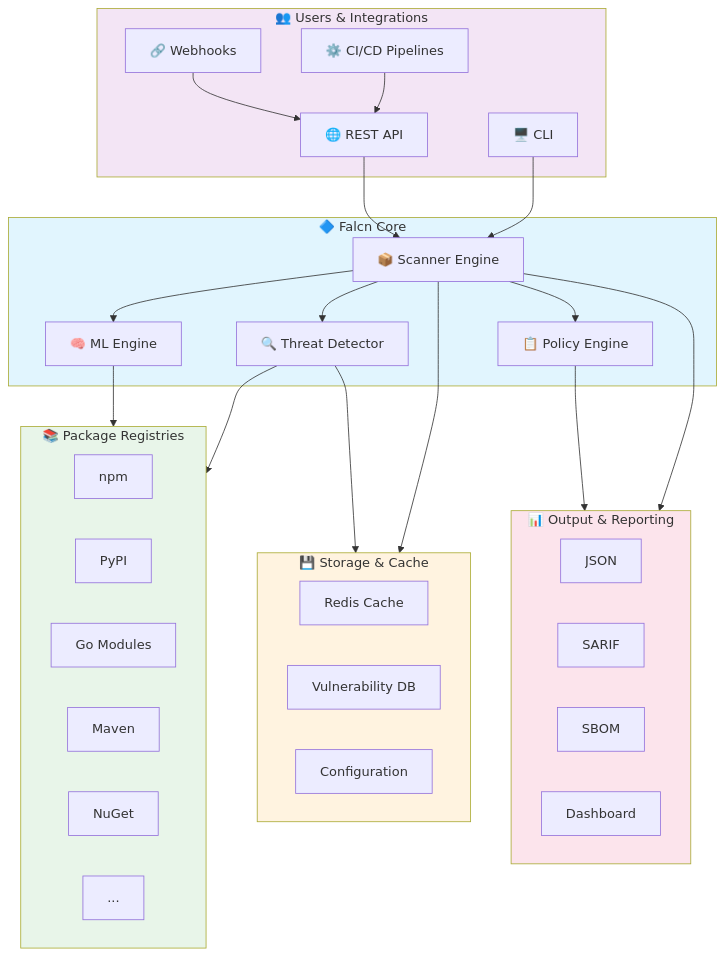
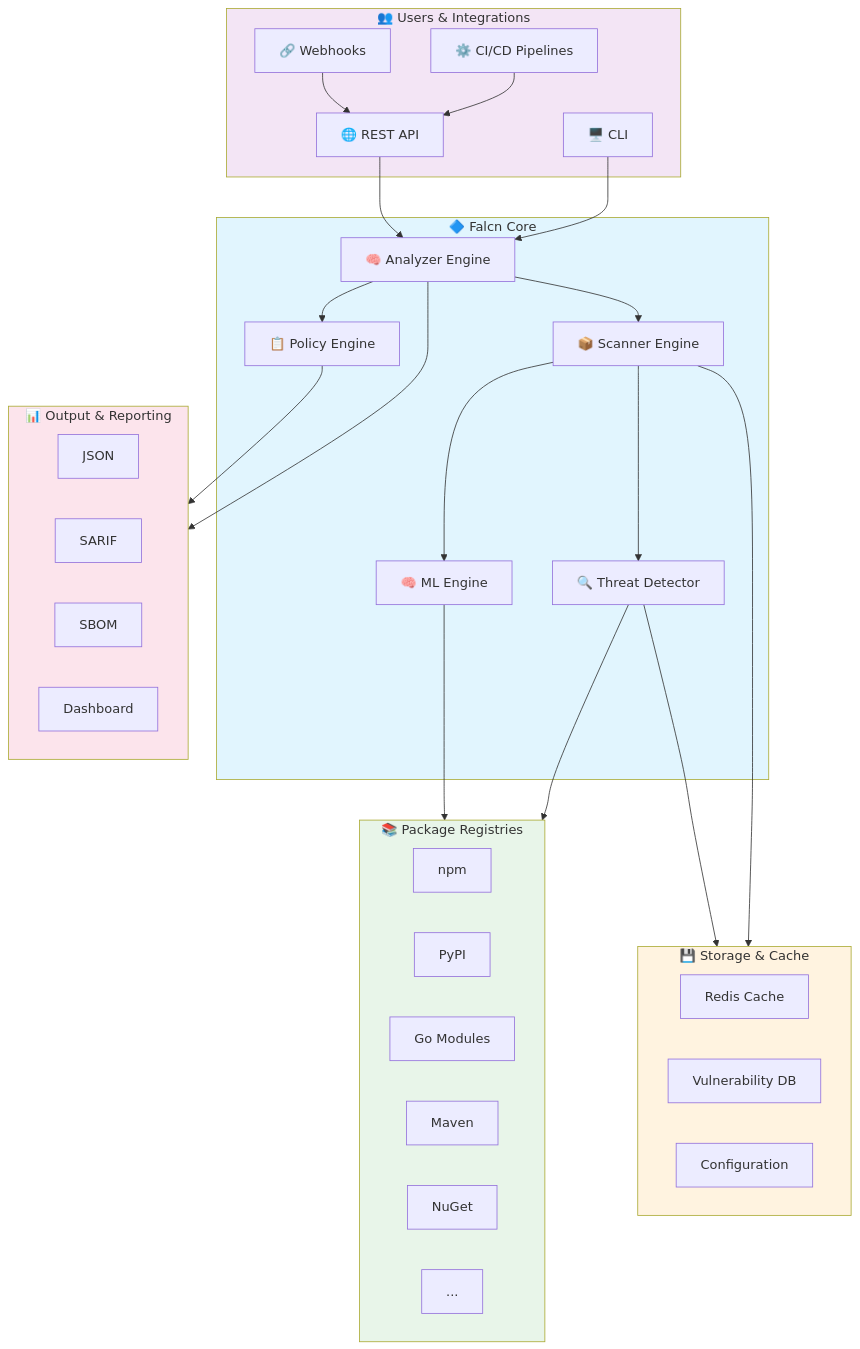
One commit to falcn-io/falcn changed the first of 7 diagrams in docs/ARCHITECTURE.md. Above: the diagram before and after it, drawn with Mermaid. The commit also changed other lines of this file and 213 other files, not shown here.

Commit message:
Refactor: Unify Scanner/Analyzer Architecture, Bump version to v1.1.0

````diff
--- a/docs/ARCHITECTURE.md
+++ b/docs/ARCHITECTURE.md
@@ -7,62 +7,65 @@
 ```mermaid
 flowchart TB
     subgraph Users["👥 Users & Integrations"]
         CLI["🖥️ CLI"]
         API["🌐 REST API"]
         CICD["⚙️ CI/CD Pipelines"]
         Webhooks["🔗 Webhooks"]
     end
 
     subgraph Core["🔷 Falcn Core"]
+        Analyzer["🧠 Analyzer Engine"]
         Scanner["📦 Scanner Engine"]
         Detector["🔍 Threat Detector"]
         ML["🧠 ML Engine"]
         Policy["📋 Policy Engine"]
     end
 
     subgraph Registries["📚 Package Registries"]
         NPM["npm"]
         PyPI["PyPI"]
         Go["Go Modules"]
         Maven["Maven"]
         NuGet["NuGet"]
         More["..."]
     end
 
     subgraph Storage["💾 Storage & Cache"]
         Redis["Redis Cache"]
         DB["Vulnerability DB"]
         Config["Configuration"]
     end
 
     subgraph Output["📊 Output & Reporting"]
         JSON["JSON"]
         SARIF["SARIF"]
         SBOM["SBOM"]
         Dashboard["Dashboard"]
     end
 
-    CLI --> Scanner
-    API --> Scanner
+    CLI --> Analyzer
+    API --> Analyzer
     CICD --> API
     Webhooks --> API
 
+    Analyzer --> Scanner
+    Analyzer --> Policy
+    
     Scanner --> Detector
     Scanner --> ML
-    Scanner --> Policy
     
     Detector --> Registries
     ML --> Registries
     
     Scanner --> Storage
     Detector --> Storage
     
-    Scanner --> Output
+    Analyzer --> Output
     Policy --> Output
 
     style Core fill:#e1f5fe
     style Users fill:#f3e5f5
     style Registries fill:#e8f5e9
     style Storage fill:#fff3e0
     style Output fill:#fce4ec
 ```
````
